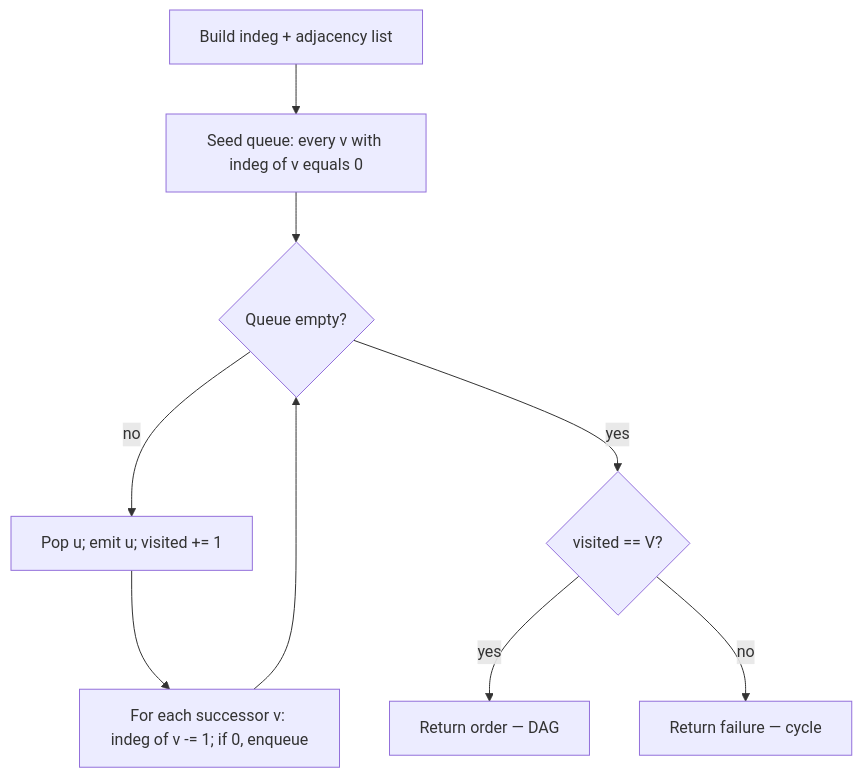
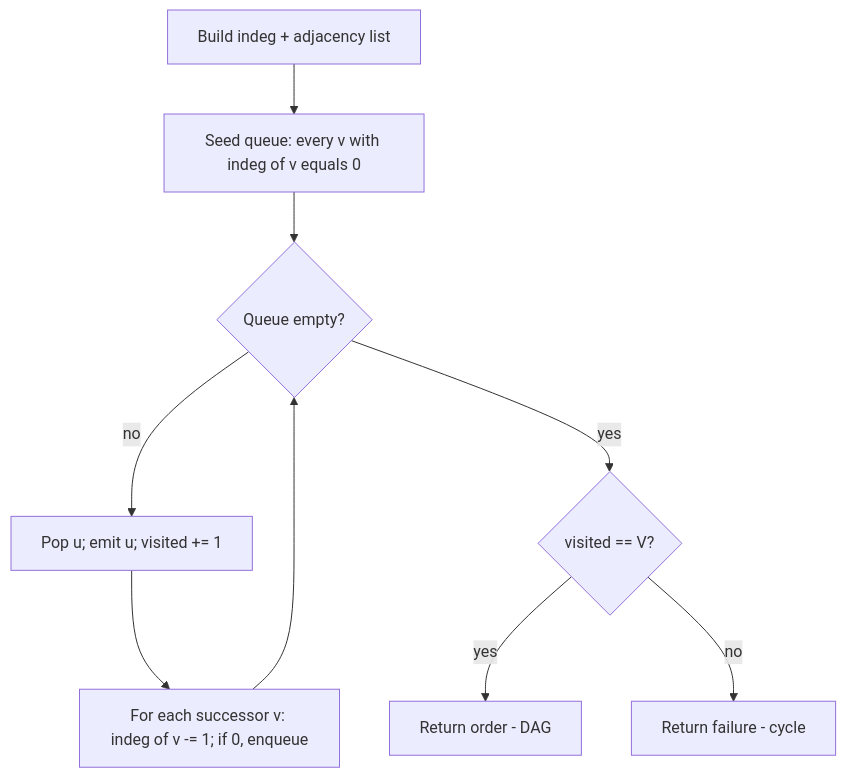
The first of 2 diagrams in src/data/handbooks/dsa/part-8-graphs/04-topological-sort-kahn.md (Ridzzz0Alam/engineering-path), drawn with Mermaid before and after one commit. The commit also changed other lines of this file and 283 other files, not shown here.

````diff
--- a/src/data/handbooks/dsa/part-8-graphs/04-topological-sort-kahn.md
+++ b/src/data/handbooks/dsa/part-8-graphs/04-topological-sort-kahn.md
@@ -95,11 +95,11 @@
 ```mermaid
 flowchart TD
     A[Build indeg + adjacency list] --> B[Seed queue: every v with indeg of v equals 0]
     B --> C{Queue empty?}
     C -->|no| D[Pop u; emit u; visited += 1]
     D --> E[For each successor v: indeg of v -= 1; if 0, enqueue]
     E --> C
     C -->|yes| F{visited == V?}
-    F -->|yes| G[Return order — DAG]
-    F -->|no| H[Return failure — cycle]
+    F -->|yes| G[Return order - DAG]
+    F -->|no| H[Return failure - cycle]
 ```
````
